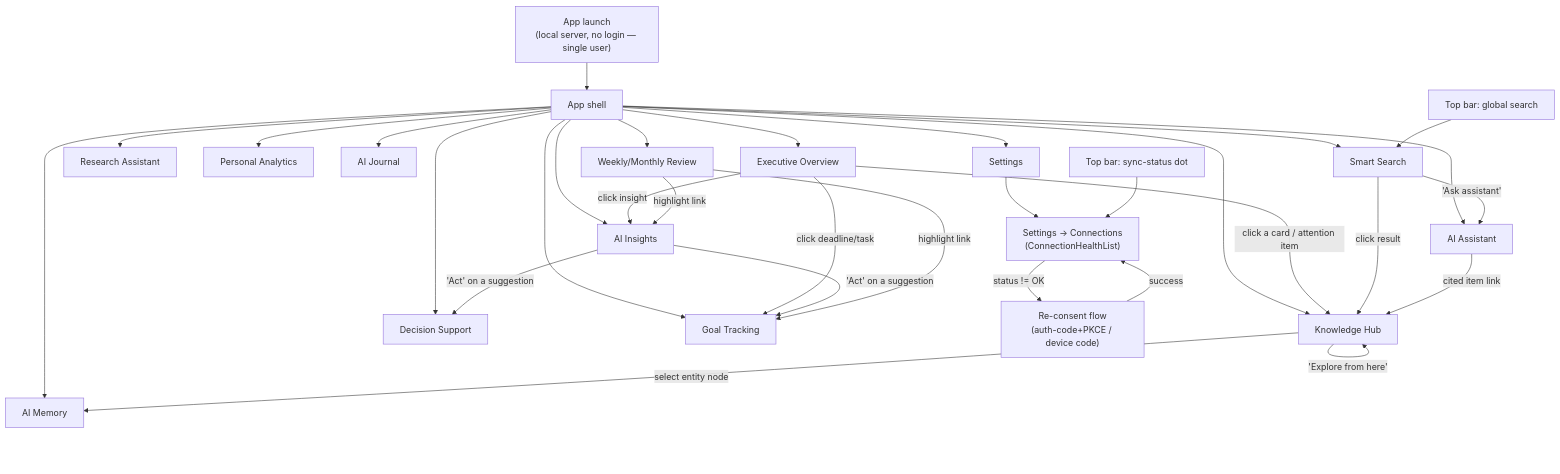
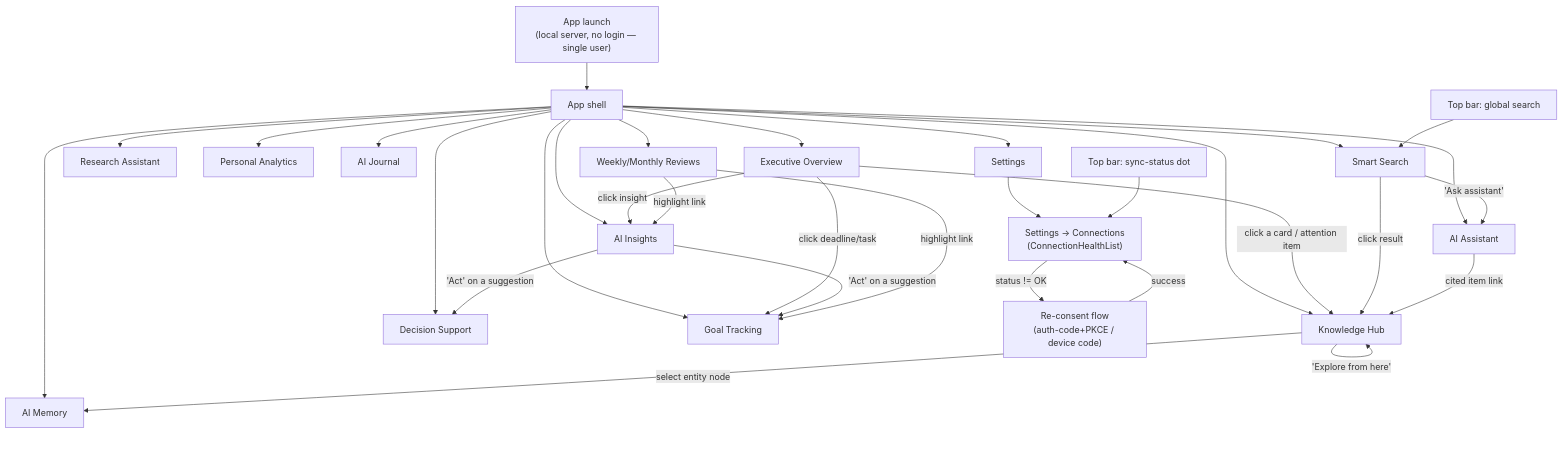
One commit to ureshan2011/PIDRepo changed the diagram in docs/08-ui-wireframes.md. Above: the diagram before and after it, drawn with Mermaid. The commit also changed other lines of this file and 13 other files, not shown here.

````diff
--- a/docs/08-ui-wireframes.md
+++ b/docs/08-ui-wireframes.md
@@ -526,37 +526,37 @@
 ```mermaid
 flowchart TD
     Login["App launch\n(local server, no login — single user)"] --> Shell["App shell"]
     Shell --> Overview["Executive Overview"]
     Shell --> Hub["Knowledge Hub"]
     Shell --> Memory["AI Memory"]
     Shell --> Research["Research Assistant"]
     Shell --> Decisions["Decision Support"]
     Shell --> Analytics["Personal Analytics"]
     Shell --> Goals["Goal Tracking"]
     Shell --> Journal["AI Journal"]
     Shell --> Search["Smart Search"]
     Shell --> Insights["AI Insights"]
-    Shell --> Reviews["Weekly/Monthly Review"]
+    Shell --> Reviews["Weekly/Monthly Reviews"]
     Shell --> Assistant["AI Assistant"]
     Shell --> Settings["Settings"]
 
     Settings --> Connections["Settings -> Connections\n(ConnectionHealthList)"]
     Connections -->|"status != OK"| Reconnect["Re-consent flow\n(auth-code+PKCE / device code)"]
     Reconnect -->|"success"| Connections
 
     Overview -->|"click a card / attention item"| Hub
     Overview -->|"click insight"| Insights
     Overview -->|"click deadline/task"| Goals
     Hub -->|"select entity node"| Memory
     Hub -->|"'Explore from here'"| Hub
     Search -->|"click result"| Hub
     Search -->|"'Ask assistant'"| Assistant
     Insights -->|"'Act' on a suggestion"| Decisions
     Insights -->|"'Act' on a suggestion"| Goals
     Assistant -->|"cited item link"| Hub
     Reviews -->|"highlight link"| Goals
     Reviews -->|"highlight link"| Insights
 
     TopBarSearch["Top bar: global search"] --> Search
     TopBarSync["Top bar: sync-status dot"] --> Connections
 ```
````
